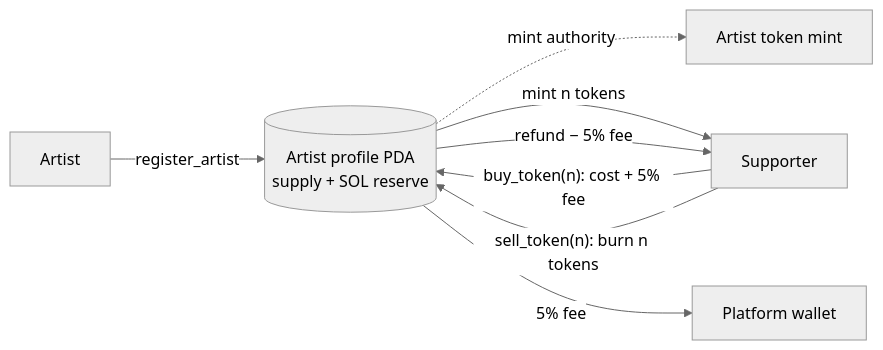
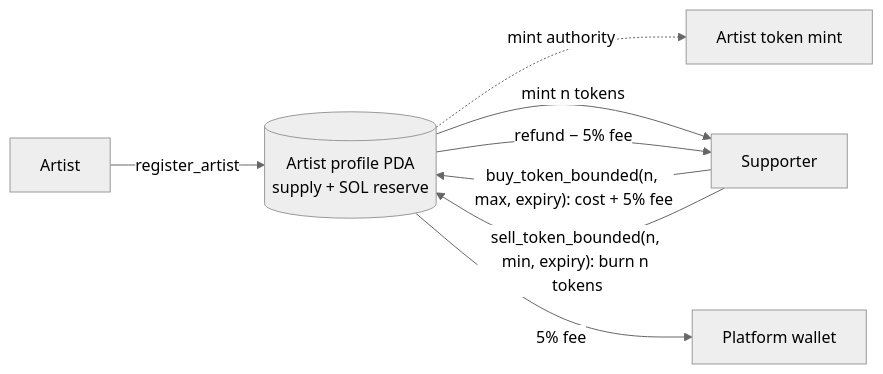
Before and after one commit to zaifnatra/solana: the diagram in README.md, drawn with Mermaid (neutral theme). The commit also changed other lines of this file and 46 other files, not shown here.

````diff
--- a/README.md
+++ b/README.md
@@ -34,10 +50,10 @@
 ```mermaid
 flowchart LR
     A[Artist] -- register_artist --> P[("Artist profile PDA<br/>supply + SOL reserve")]
     P -. mint authority .-> M[Artist token mint]
-    S[Supporter] -- "buy_token(n): cost + 5% fee" --> P
+    S[Supporter] -- "buy_token_bounded(n, max, expiry): cost + 5% fee" --> P
     P -- "mint n tokens" --> S
-    S -- "sell_token(n): burn n tokens" --> P
+    S -- "sell_token_bounded(n, min, expiry): burn n tokens" --> P
     P -- "refund − 5% fee" --> S
     P -- "5% fee" --> F[Platform wallet]
 ```
````
